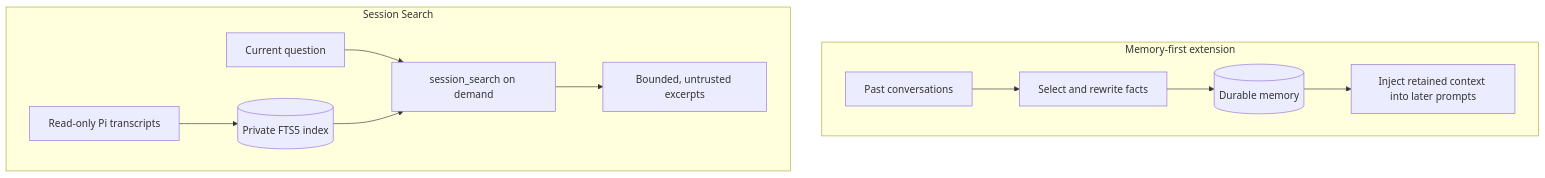
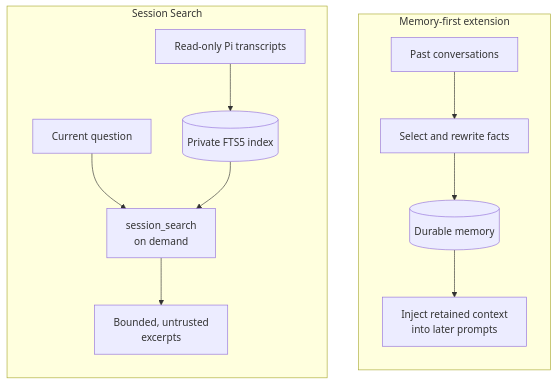
Before and after one commit to felores/pi-session-search: the first of 2 diagrams in README.md, drawn with Mermaid. The commit also changed other lines of this file, not shown here.

Commit message:
docs: make README diagrams vertical

````diff
--- a/README.md
+++ b/README.md
@@ -31,17 +31,17 @@
 ```mermaid
 flowchart TB
   subgraph MEMORY["Memory-first extension"]
-    direction LR
+    direction TB
     M1["Past conversations"] --> M2["Select and rewrite facts"]
     M2 --> M3[("Durable memory")]
-    M3 --> M4["Inject retained context into later prompts"]
+    M3 --> M4["Inject retained context<br/>into later prompts"]
   end
 
   subgraph SEARCH["Session Search"]
-    direction LR
+    direction TB
     S1["Read-only Pi transcripts"] --> S2[("Private FTS5 index")]
-    S3["Current question"] --> S4["session_search on demand"]
+    S3["Current question"] --> S4["session_search<br/>on demand"]
     S2 --> S4
-    S4 --> S5["Bounded, untrusted excerpts"]
+    S4 --> S5["Bounded, untrusted<br/>excerpts"]
   end
 ```
````
